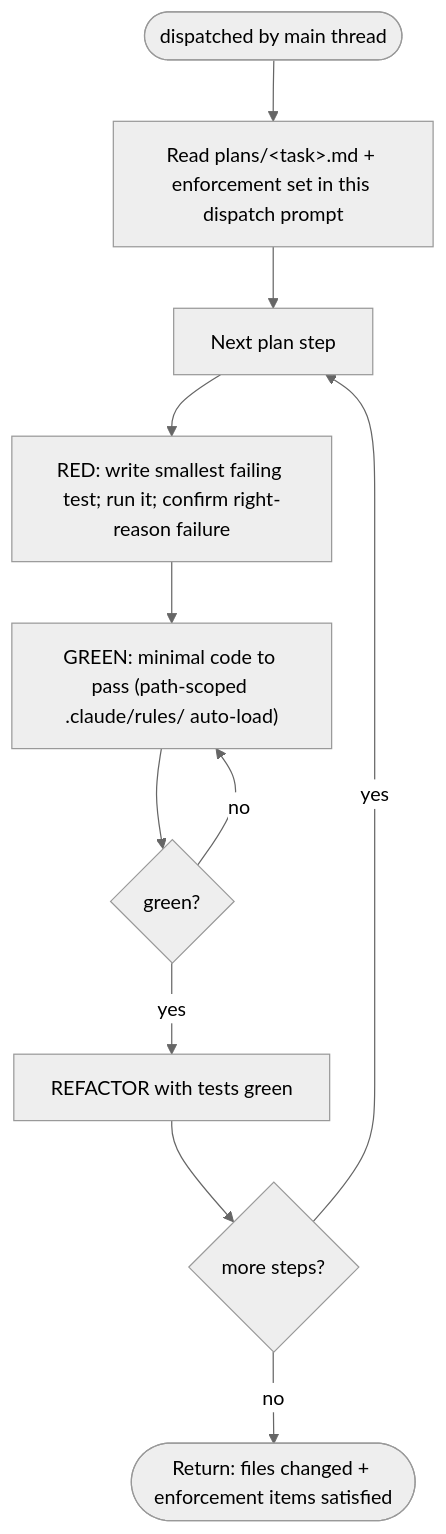
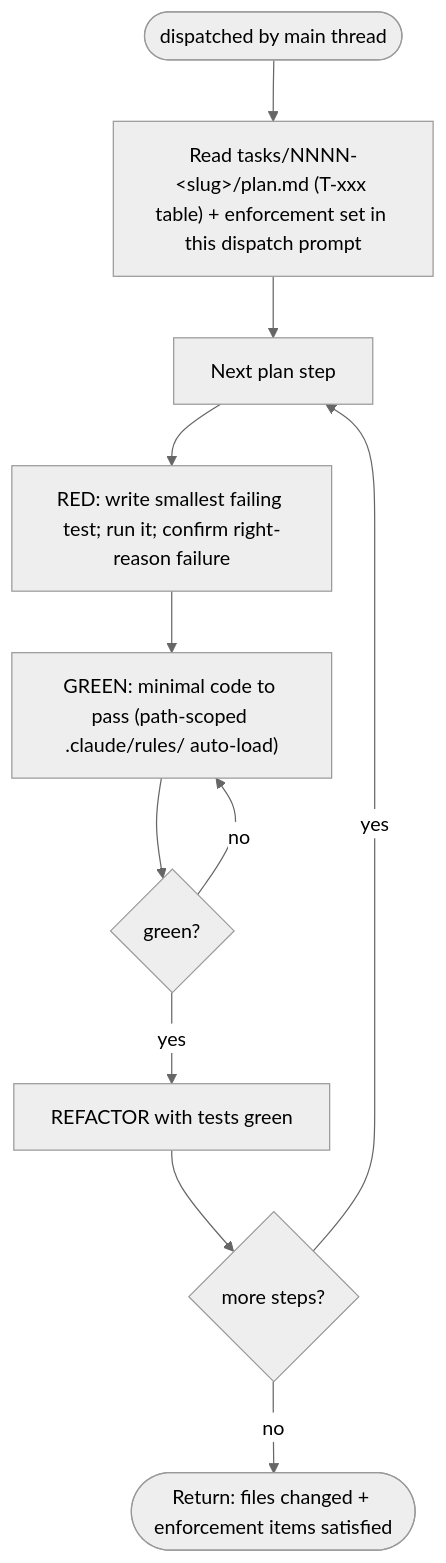
One commit to taipt1504/claudehut changed the diagram in agents/claudehut-implementer.md. Above: the diagram before and after it, drawn with Mermaid (neutral theme). The commit also changed other lines of this file and 30 other files, not shown here.

````diff
--- a/agents/claudehut-implementer.md
+++ b/agents/claudehut-implementer.md
@@ -21,13 +21,13 @@
 ```mermaid
 flowchart TB
-    a([dispatched by main thread]) --> plan["Read plans/&lt;task&gt;.md + enforcement set in this dispatch prompt"]
+    a([dispatched by main thread]) --> plan["Read tasks/NNNN-&lt;slug&gt;/plan.md (T-xxx table) + enforcement set in this dispatch prompt"]
     plan --> step["Next plan step"]
     step --> red["RED: write smallest failing test; run it; confirm right-reason failure"]
     red --> green["GREEN: minimal code to pass (path-scoped .claude/rules/ auto-load)"]
     green --> g{"green?"}
     g -- no --> green
     g -- yes --> refac["REFACTOR with tests green"]
     refac --> more{"more steps?"}
     more -- yes --> step
     more -- no --> out([Return: files changed + enforcement items satisfied])
 ```
````
